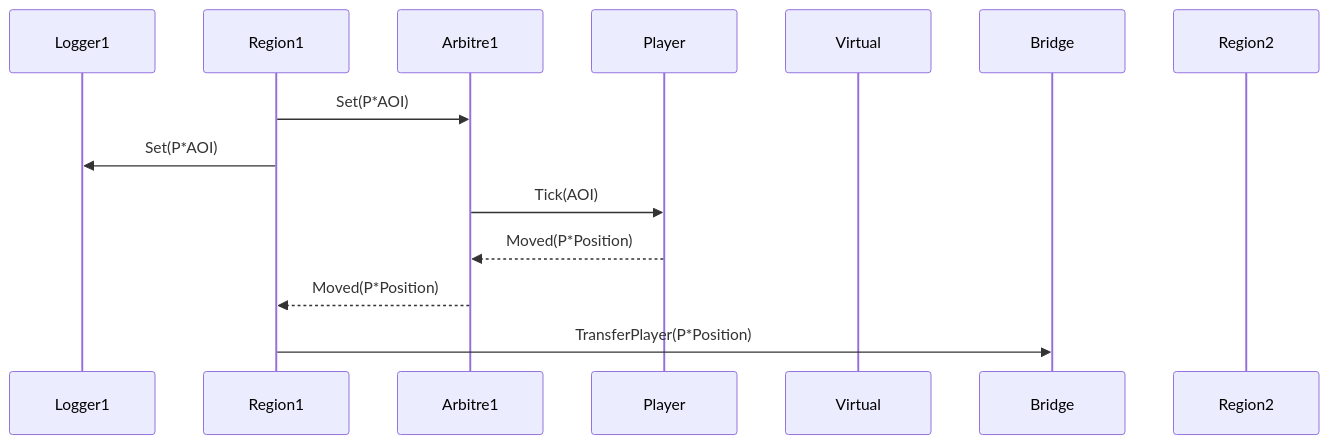
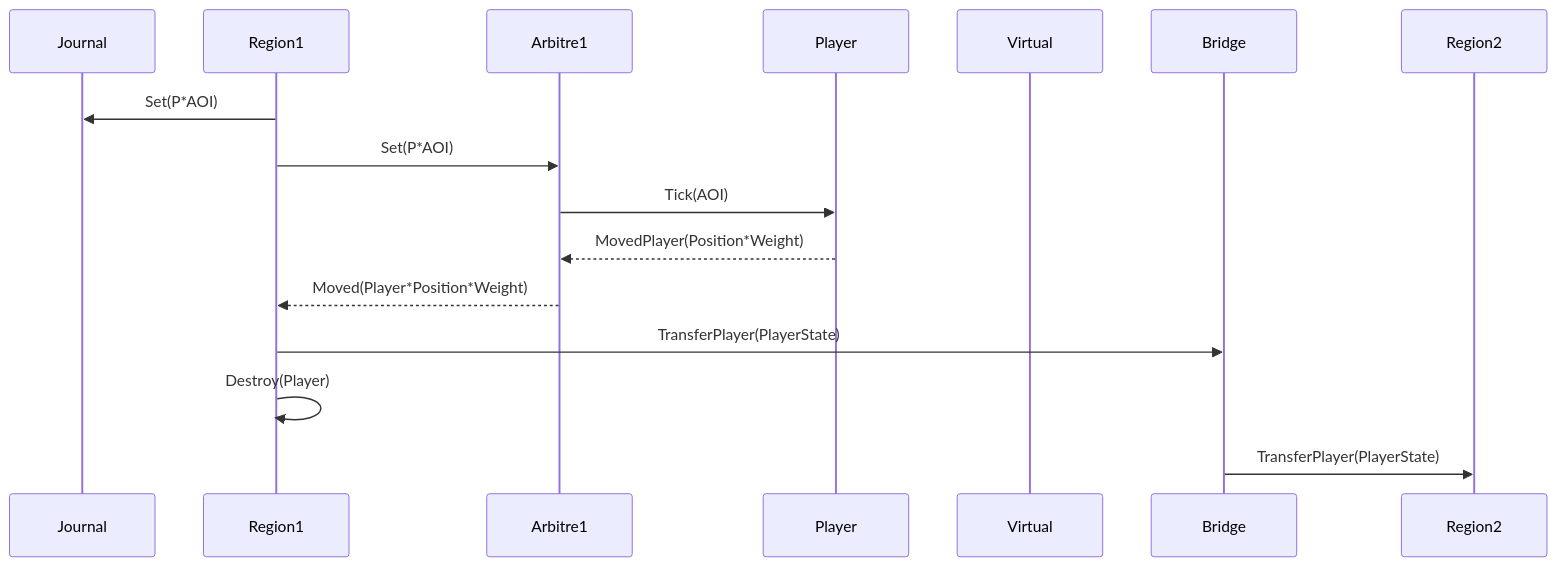
One commit to agtors/agar.core changed the diagram in doc/remote-player-transfer.mermaid. Above: the diagram before and after it, drawn with Mermaid. The commit also changed 16 other files, not shown here.

Commit message:
Review conflict management: - Mermaid sequence diagrams reviewed - Enforce tests checking player actor reference - Remove codez related to bridging capability - Player notify ASAP the region when it has been killed - Code linter provided by IntellijIdea applied

```diff
--- a/doc/remote-player-transfer.mermaid
+++ b/doc/remote-player-transfer.mermaid
@@ -1,15 +1,17 @@
 sequenceDiagram
-    participant Logger1
+    participant Journal
     participant Region1
     participant Arbitre1
     participant Player
     participant Virtual
     participant Bridge
     participant Region2
 
+Region1  ->>  Journal:Set(P*AOI)
 Region1  ->>  Arbitre1:Set(P*AOI)
-Region1  ->>  Logger1:Set(P*AOI)
 Arbitre1 ->>  Player:Tick(AOI)
-Player   -->> Arbitre1:Moved(P*Position)
-Arbitre1 -->> Region1:Moved(P*Position)
-Region1  ->>  Bridge:TransferPlayer(P*Position)
+Player   -->> Arbitre1:MovedPlayer(Position*Weight)
+Arbitre1 -->> Region1:Moved(Player*Position*Weight)
+Region1  ->>  Bridge:TransferPlayer(PlayerState)
+Region1  ->>  Region1:Destroy(Player)
+Bridge   ->>  Region2:TransferPlayer(PlayerState)
```
